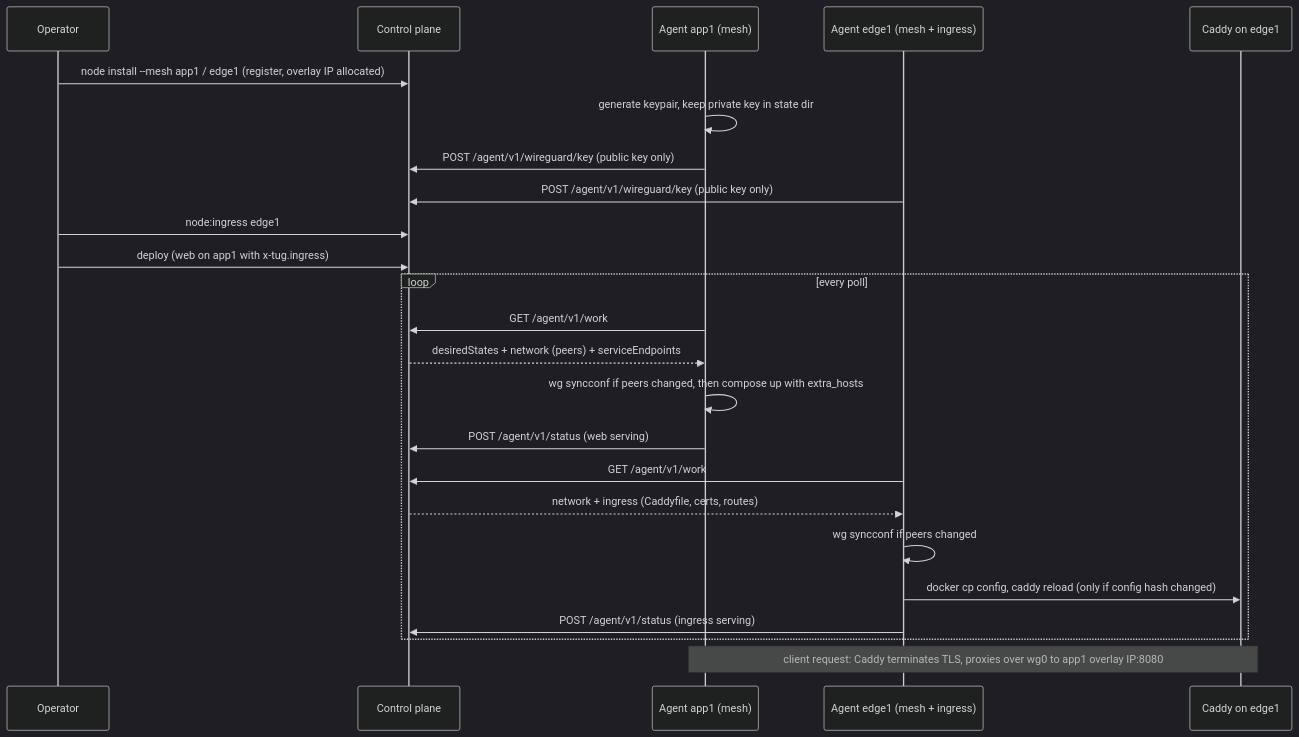
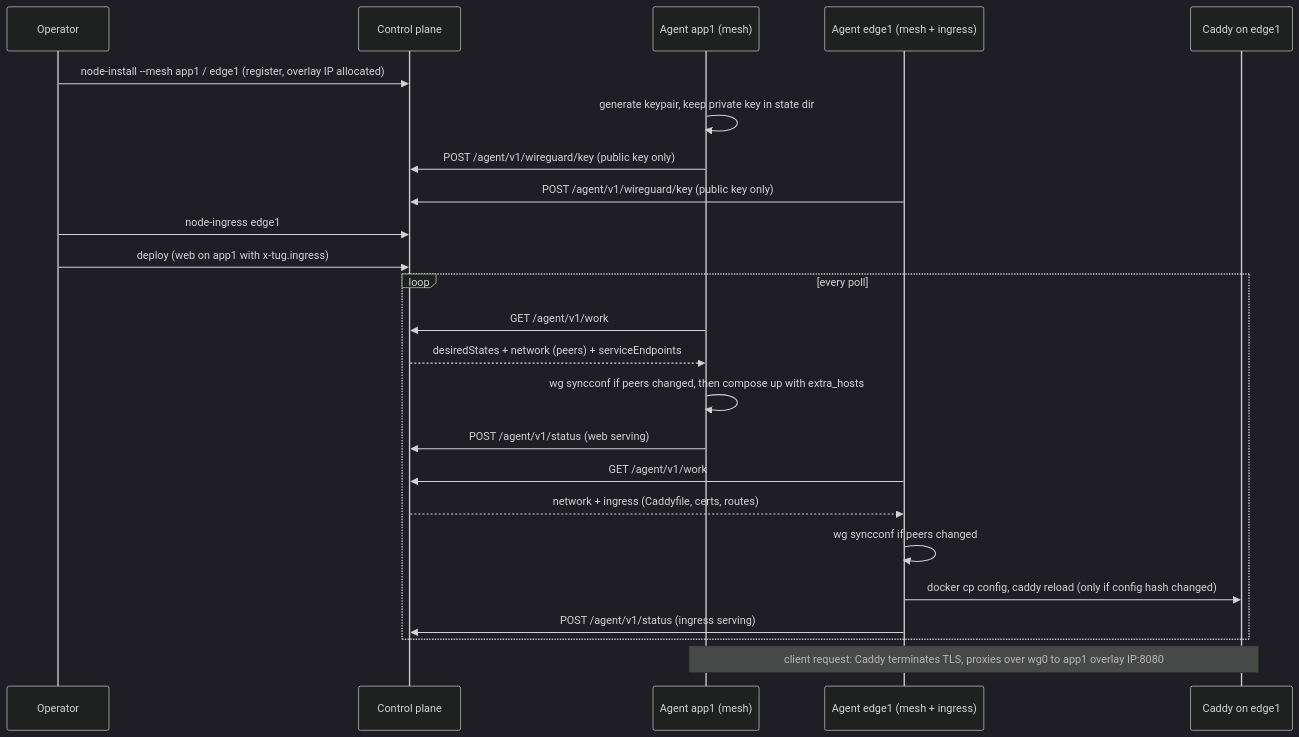
Before and after one commit to wpelevator/tug: the diagram in docs/networking.md, drawn with Mermaid (dark theme). The commit also changed other lines of this file and 59 other files, not shown here.

````diff
--- a/docs/networking.md
+++ b/docs/networking.md
@@ -90,27 +90,27 @@
 ```mermaid
 sequenceDiagram
     participant Op as Operator
     participant Ctrl as Control plane
     participant A as Agent app1 (mesh)
     participant E as Agent edge1 (mesh + ingress)
     participant Caddy as Caddy on edge1
 
-    Op->>Ctrl: node install --mesh app1 / edge1 (register, overlay IP allocated)
+    Op->>Ctrl: node-install --mesh app1 / edge1 (register, overlay IP allocated)
     A->>A: generate keypair, keep private key in state dir
     A->>Ctrl: POST /agent/v1/wireguard/key (public key only)
     E->>Ctrl: POST /agent/v1/wireguard/key (public key only)
-    Op->>Ctrl: node:ingress edge1
+    Op->>Ctrl: node-ingress edge1
     Op->>Ctrl: deploy (web on app1 with x-tug.ingress)
     loop every poll
         A->>Ctrl: GET /agent/v1/work
         Ctrl-->>A: desiredStates + network (peers) + serviceEndpoints
         A->>A: wg syncconf if peers changed, then compose up with extra_hosts
         A->>Ctrl: POST /agent/v1/status (web serving)
         E->>Ctrl: GET /agent/v1/work
         Ctrl-->>E: network + ingress (Caddyfile, certs, routes)
         E->>E: wg syncconf if peers changed
         E->>Caddy: docker cp config, caddy reload (only if config hash changed)
         E->>Ctrl: POST /agent/v1/status (ingress serving)
     end
     Note over Caddy,A: client request: Caddy terminates TLS, proxies over wg0 to app1 overlay IP:8080
 ```
````
